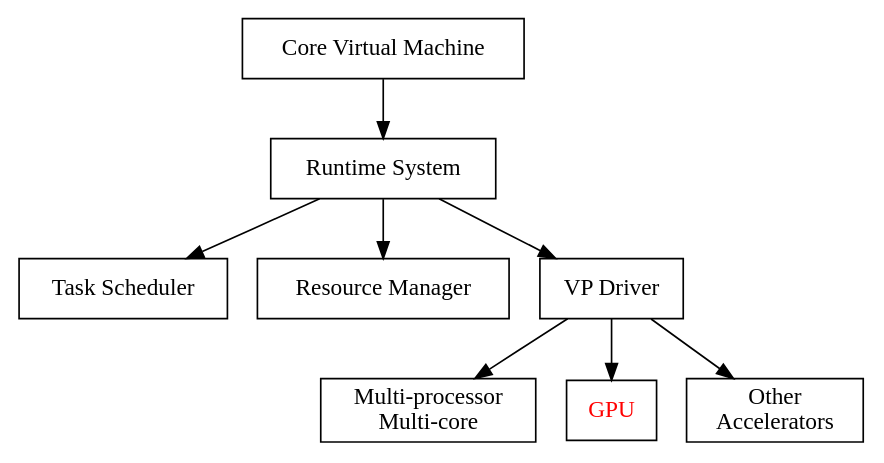
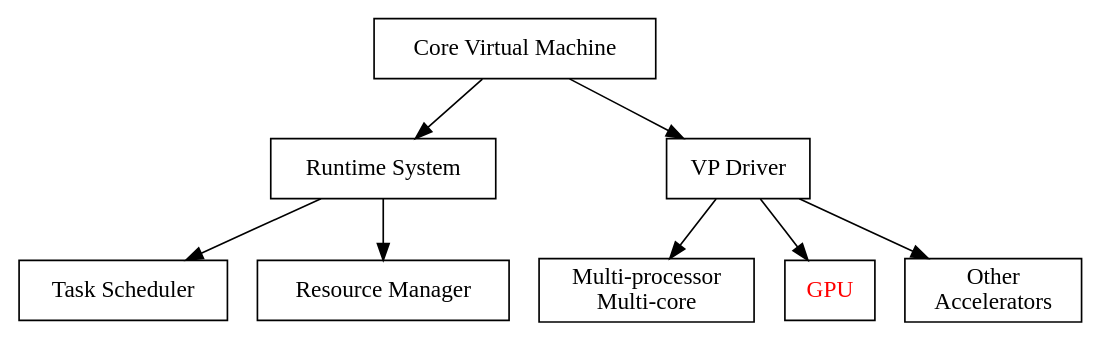
Before and after one commit to pysuxing/master-slides: the diagram in pre-oral-denfense/images/backend-gpu.dot, drawn with Graphviz. The commit also changed 6 other files, not shown here.

```diff
--- a/pre-oral-denfense/images/backend-gpu.dot
+++ b/pre-oral-denfense/images/backend-gpu.dot
@@ -1,19 +1,19 @@
 digraph G {
         node[shape=box];
         vm[label="Core Virtual Machine"];
         rt[label="Runtime System"];
         scheduler[label="Task Scheduler"];
         rm[label="Resource Manager"];
         driver[label="VP Driver"];
         cpu[label="Multi-processor\nMulti-core"];
         gpu[label="GPU", fontcolor=red];
         others[label="Other\nAccelerators"];
 
         vm -> rt;
-        rt -> driver;
+        vm -> driver;
         rt -> scheduler;
         rt -> rm;
         driver -> cpu;
         driver -> gpu;
         driver -> others;
 }
```
